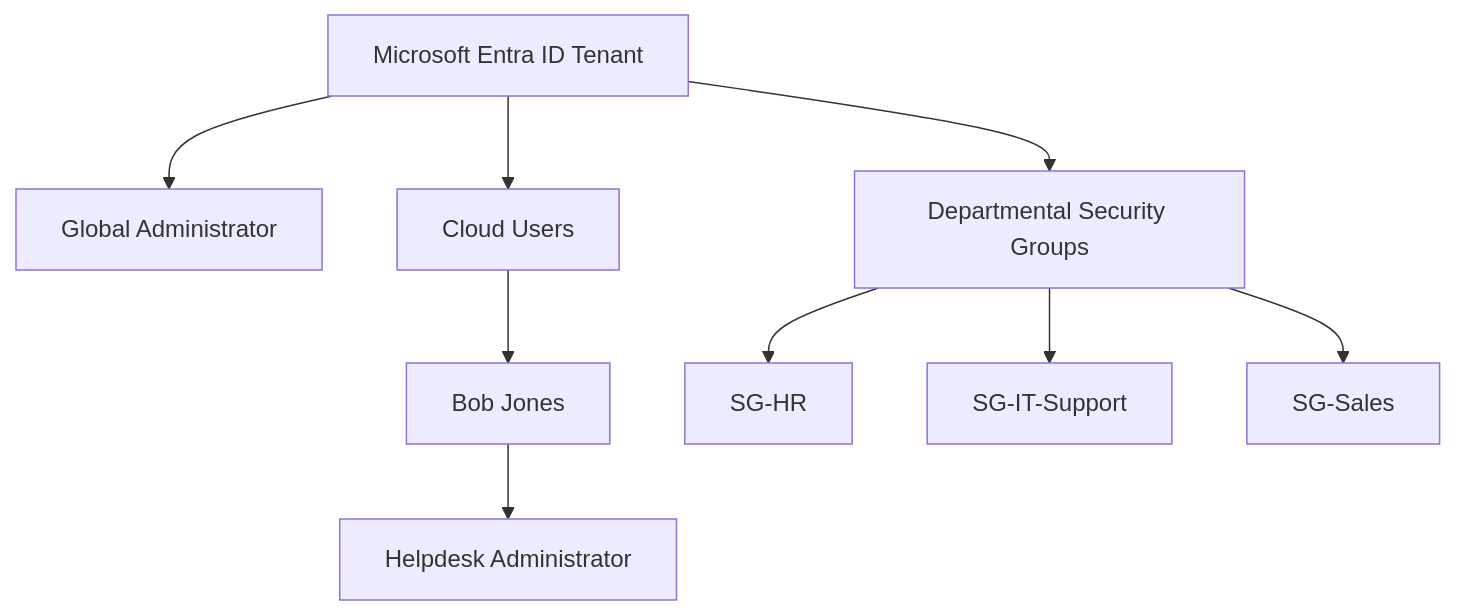
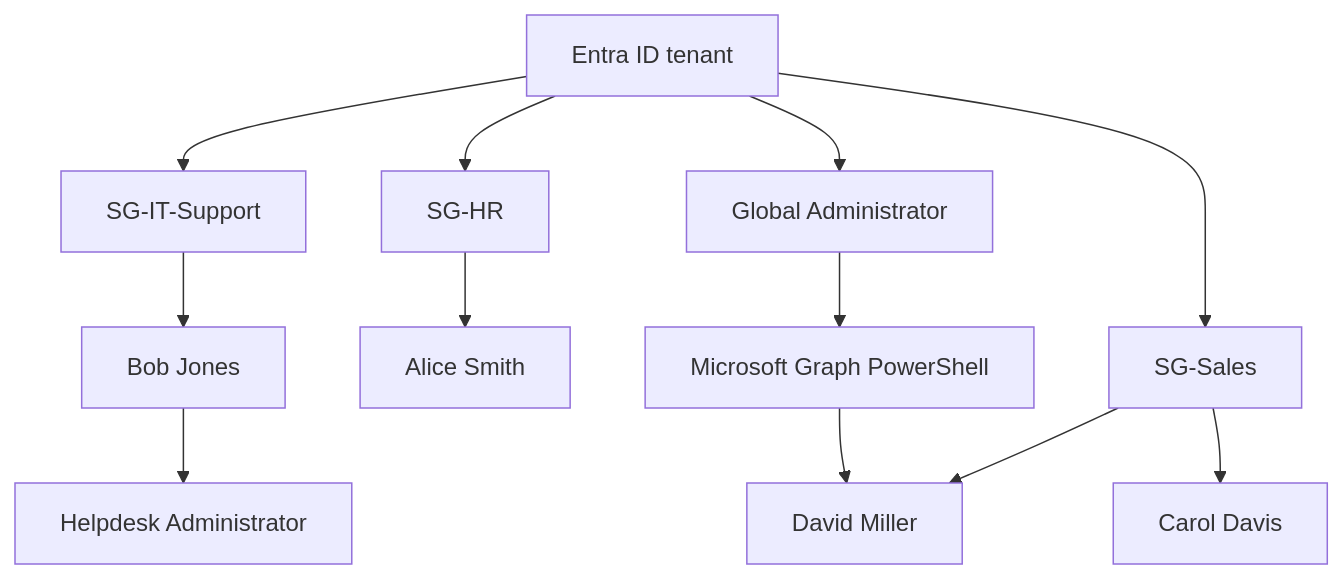
The diagram in README.md (DJMarsail/Microsoft-Entra-ID-Lab), drawn with Mermaid before and after one commit. The commit also changed other lines of this file, not shown here.

Commit message:
Document completed Entra identity lab and automation

````diff
--- a/README.md
+++ b/README.md
@@ -17,11 +11,14 @@
 ```mermaid
 flowchart TD
-    T[Microsoft Entra ID Tenant] --> A[Global Administrator]
-    T --> U[Cloud Users]
-    T --> G[Departmental Security Groups]
-    U --> B[Bob Jones]
+    T[Entra ID tenant] --> A[Global Administrator]
+    T --> H[SG-HR]
+    T --> I[SG-IT-Support]
+    T --> S[SG-Sales]
+    H --> AL[Alice Smith]
+    I --> B[Bob Jones]
+    S --> C[Carol Davis]
+    S --> D[David Miller]
     B --> R[Helpdesk Administrator]
-    G --> H[SG-HR]
-    G --> I[SG-IT-Support]
-    G --> S[SG-Sales]
+    A --> P[Microsoft Graph PowerShell]
+    P --> D
 ```
````
